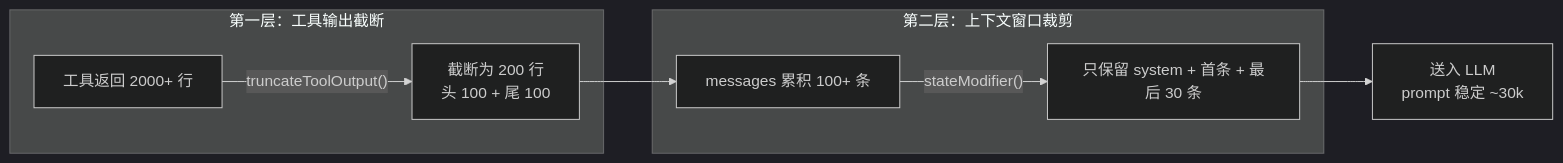
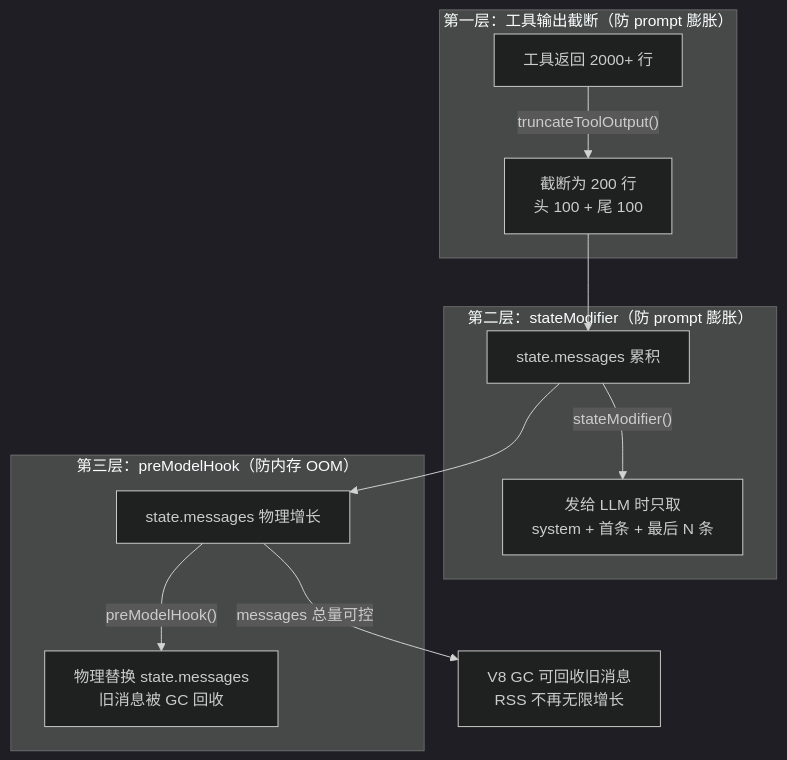
The second of 3 diagrams in FORGE/LESSONS.md (KongFangXun/sofagent), drawn with Mermaid (dark theme) before and after one commit. The commit also changed other lines of this file and 4 other files, not shown here.

First line of the commit message:
docs: LESSONS.md 版本号修正 + 行业参考补充（GUIDE/ARCHITECTURE/PHILOSOPHY）+ anti-case 005

````diff
--- a/FORGE/LESSONS.md
+++ b/FORGE/LESSONS.md
@@ -224,11 +228,15 @@
 ```mermaid
-graph LR
-    subgraph "第一层：工具输出截断"
+graph TD
+    subgraph "第一层：工具输出截断（防 prompt 膨胀）"
         TOOL["工具返回 2000+ 行"] -->|"truncateToolOutput()"| TRUNC["截断为 200 行<br/>头 100 + 尾 100"]
     end
-    subgraph "第二层：上下文窗口裁剪"
-        MSGS["messages 累积 100+ 条"] -->|"stateModifier()"| WINDOW["只保留 system + 首条 + 最后 30 条"]
+    subgraph "第二层：stateModifier（防 prompt 膨胀）"
+        MSGS1["state.messages 累积"] -->|"stateModifier()"| WINDOW["发给 LLM 时只取<br/>system + 首条 + 最后 N 条"]
     end
-    TRUNC --> MSGS
-    WINDOW --> LLM["送入 LLM<br/>prompt 稳定 ~30k"]
+    subgraph "第三层：preModelHook（防内存 OOM）"
+        MSGS2["state.messages 物理增长"] -->|"preModelHook()"| HARD["物理替换 state.messages<br/>旧消息被 GC 回收"]
+    end
+    TRUNC --> MSGS1
+    MSGS1 --> MSGS2
+    MSGS2 -->|"messages 总量可控"| GC["V8 GC 可回收旧消息<br/>RSS 不再无限增长"]
 ```
````
